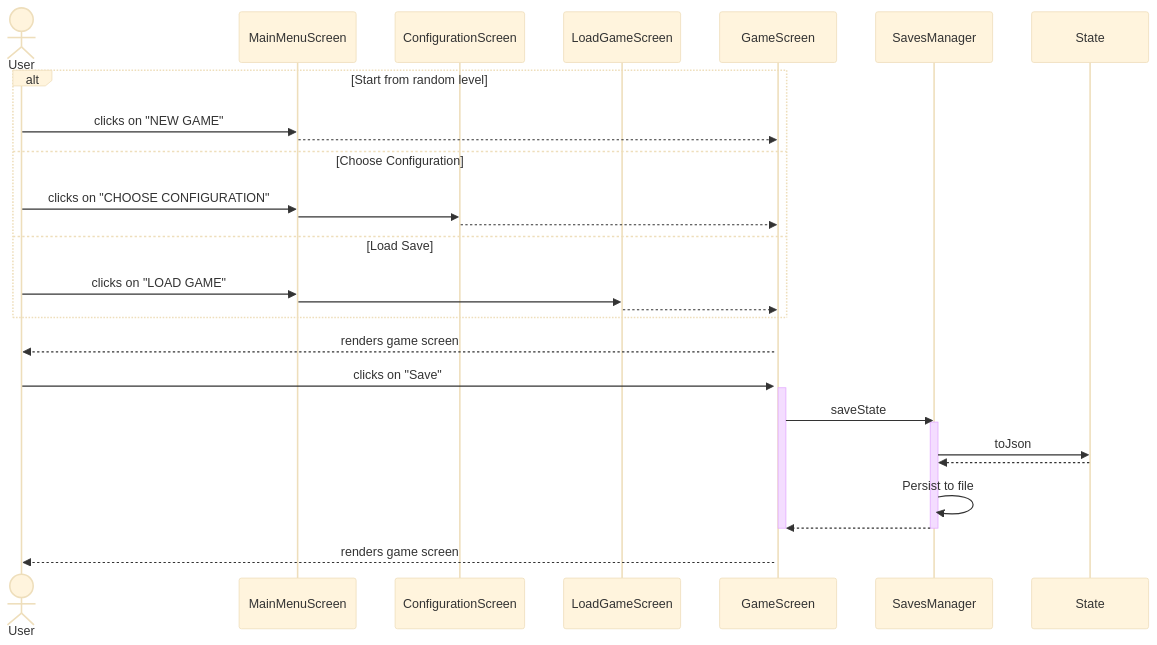
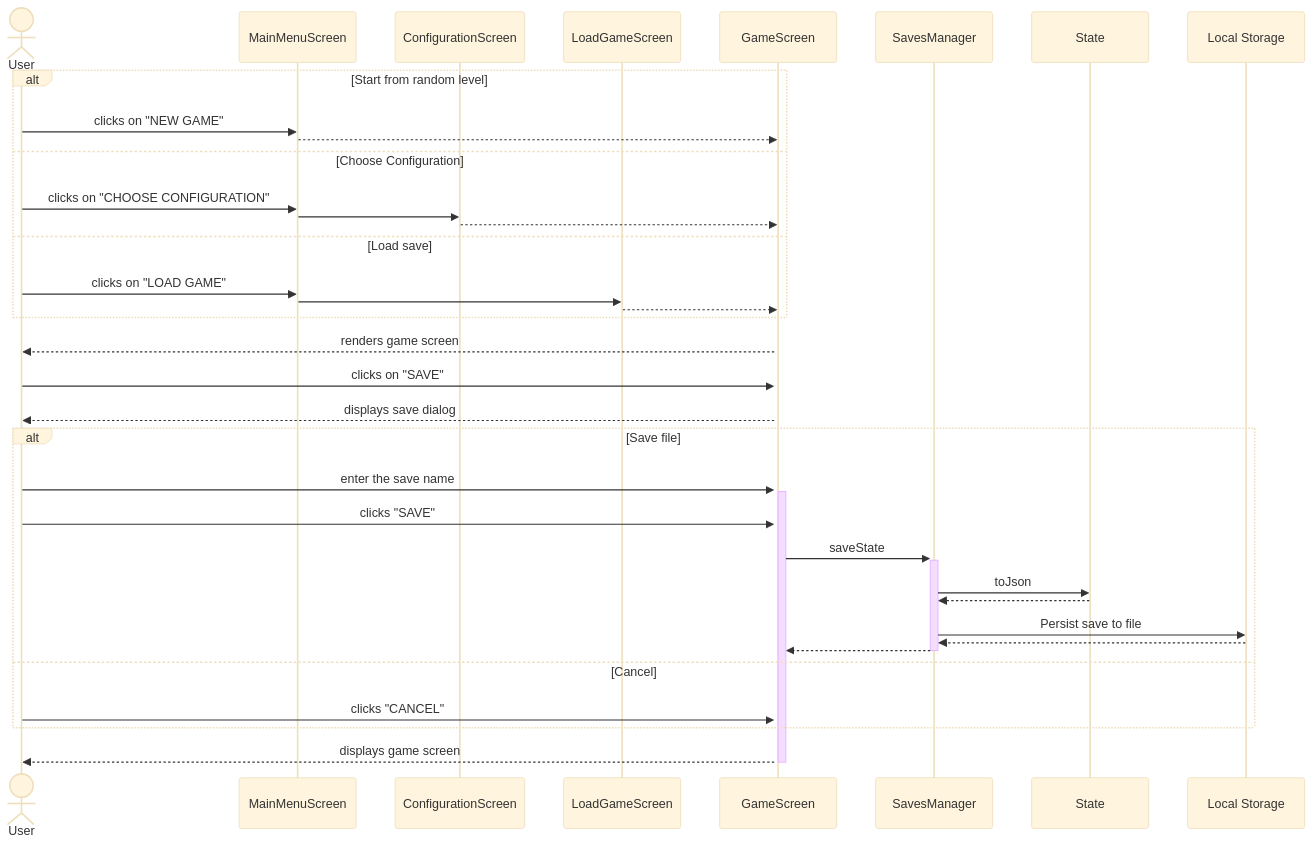
One commit to BIRSAx2/klotski changed the ninth of 14 diagrams in docs/sequence_diagram/index.md. Above: the diagram before and after it, drawn with Mermaid (base theme). The commit also changed other lines of this file, not shown here.

Commit message:
Finished diagrams

````diff
--- a/docs/sequence_diagram/index.md
+++ b/docs/sequence_diagram/index.md
@@ -325,44 +325,47 @@
 ```mermaid
 sequenceDiagram
 actor User
     actor User
     participant MainMenuScreen
     participant ConfigurationScreen
     participant LoadGameScreen
     participant GameScreen
     participant SavesManager
     participant State
+    participant Local Storage
 
     alt Start from random level 
         User ->> MainMenuScreen: clicks on "NEW GAME"
         MainMenuScreen -->> GameScreen: 
     else Choose Configuration
         User ->> MainMenuScreen: clicks on "CHOOSE CONFIGURATION"
         MainMenuScreen ->> ConfigurationScreen: 
         ConfigurationScreen -->> GameScreen: 
-    else Load Save
+    else Load save
         User ->> MainMenuScreen: clicks on "LOAD GAME"
         MainMenuScreen ->> LoadGameScreen: 
         LoadGameScreen -->> GameScreen: 
     end
     
 
     activate GameScreen
     GameScreen -->> User: renders game screen
     
-    User ->> GameScreen : clicks on "Save"
-    activate GameScreen
-    GameScreen ->> SavesManager : saveState
-    activate SavesManager
+    User ->> GameScreen : clicks on "SAVE"
+    GameScreen -->> User : displays save dialog
+    alt Save file
+        User ->>+ GameScreen : enter the save name
+        User ->> GameScreen : clicks "SAVE"
+        GameScreen ->>+ SavesManager : saveState
 
-    SavesManager ->> State : toJson
-    State -->> SavesManager : 
-
-    SavesManager ->> SavesManager: Persist to file
-    SavesManager -->> GameScreen : 
-
-    deactivate SavesManager
-    deactivate GameScreen
+        SavesManager ->> State : toJson
+        State -->> SavesManager : 
+        SavesManager ->> Local Storage: Persist save to file
+        Local Storage -->> SavesManager : 
+        SavesManager -->>- GameScreen : 
+    else Cancel
+        User ->> GameScreen : clicks "CANCEL"
+    end
     
-    GameScreen -->> User: renders game screen
+    GameScreen -->>- User: displays game screen
 ```
````
